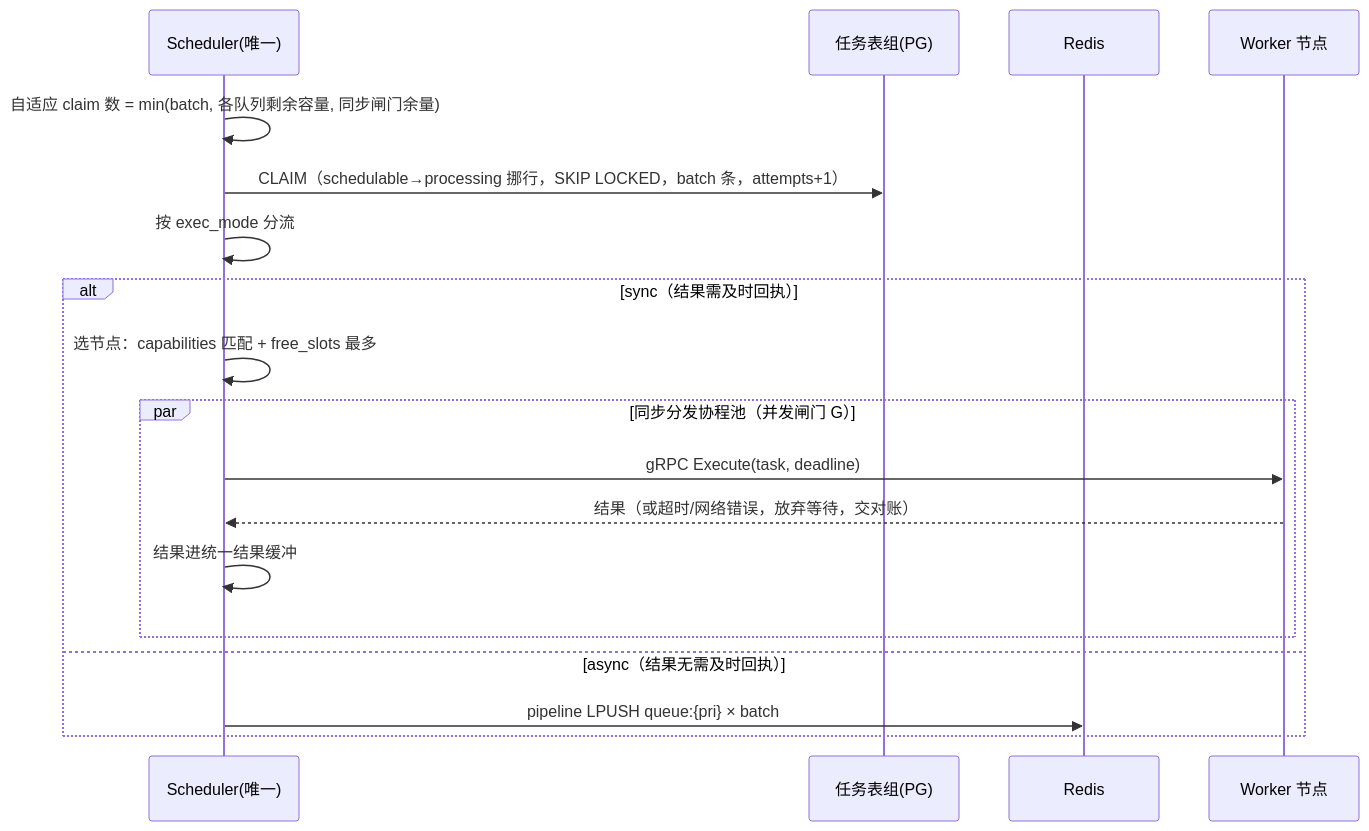
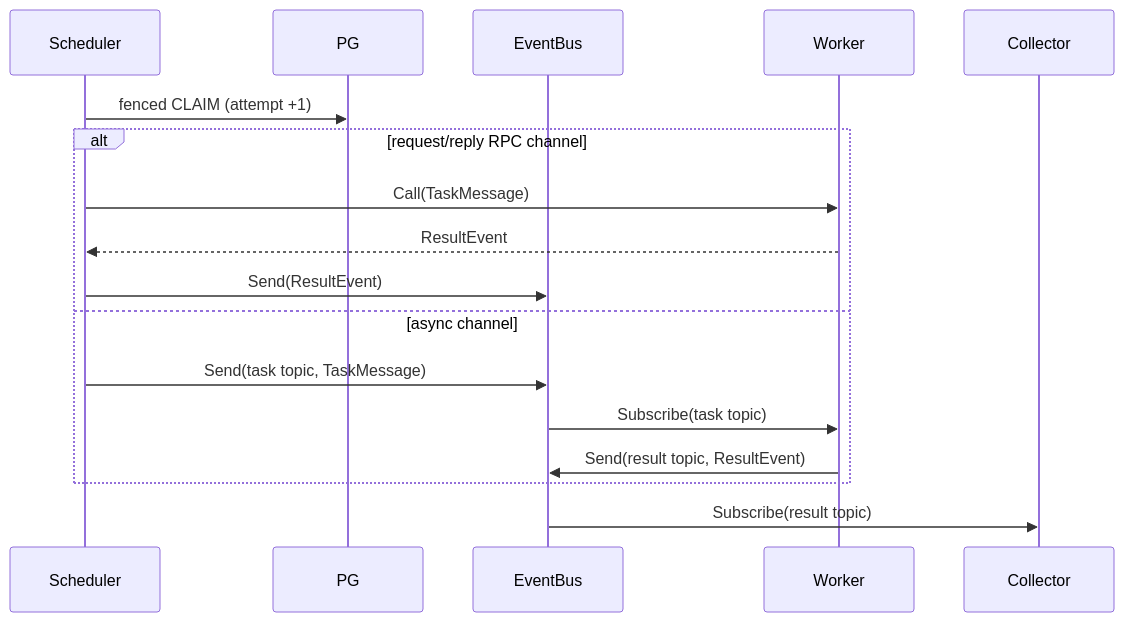
The diagram in .docs/design/03-lifecycle.md (improvtrace/stateflux), drawn with Mermaid before and after one commit. The commit also changed other lines of this file and 35 other files, not shown here.

````diff
--- a/.docs/design/03-lifecycle.md
+++ b/.docs/design/03-lifecycle.md
@@ -39,21 +23,19 @@
 ```mermaid
 sequenceDiagram
-    participant S as Scheduler(唯一)
-    participant PG as 任务表组(PG)
-    participant RD as Redis
-    participant E as Worker 节点
-
-    S->>S: 自适应 claim 数 = min(batch, 各队列剩余容量, 同步闸门余量)
-    S->>PG: CLAIM（schedulable→processing 挪行，SKIP LOCKED，batch 条，attempts+1）
-    S->>S: 按 exec_mode 分流
-    alt sync（结果需及时回执）
-        S->>S: 选节点：capabilities 匹配 + free_slots 最多
-        par 同步分发协程池（并发闸门 G）
-            S->>E: gRPC Execute(task, deadline)
-            E-->>S: 结果（或超时/网络错误，放弃等待，交对账）
-            S->>S: 结果进统一结果缓冲
-        end
-    else async（结果无需及时回执）
-        S->>RD: pipeline LPUSH queue:{pri} × batch
+    participant S as Scheduler
+    participant P as PG
+    participant B as EventBus
+    participant W as Worker
+    participant C as Collector
+    S->>P: fenced CLAIM (attempt +1)
+    alt request/reply RPC channel
+        S->>W: Call(TaskMessage)
+        W-->>S: ResultEvent
+        S->>B: Send(ResultEvent)
+    else async channel
+        S->>B: Send(task topic, TaskMessage)
+        B->>W: Subscribe(task topic)
+        W->>B: Send(result topic, ResultEvent)
     end
+    B->>C: Subscribe(result topic)
 ```
````
